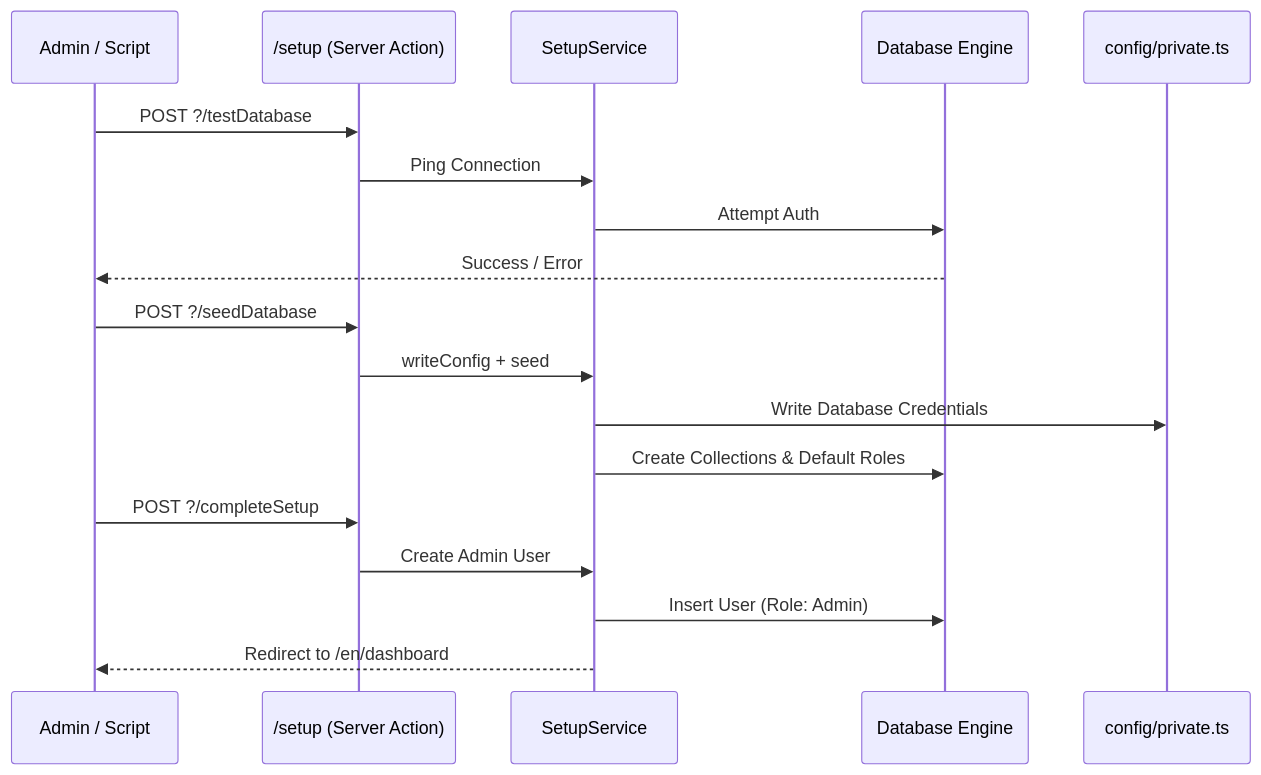
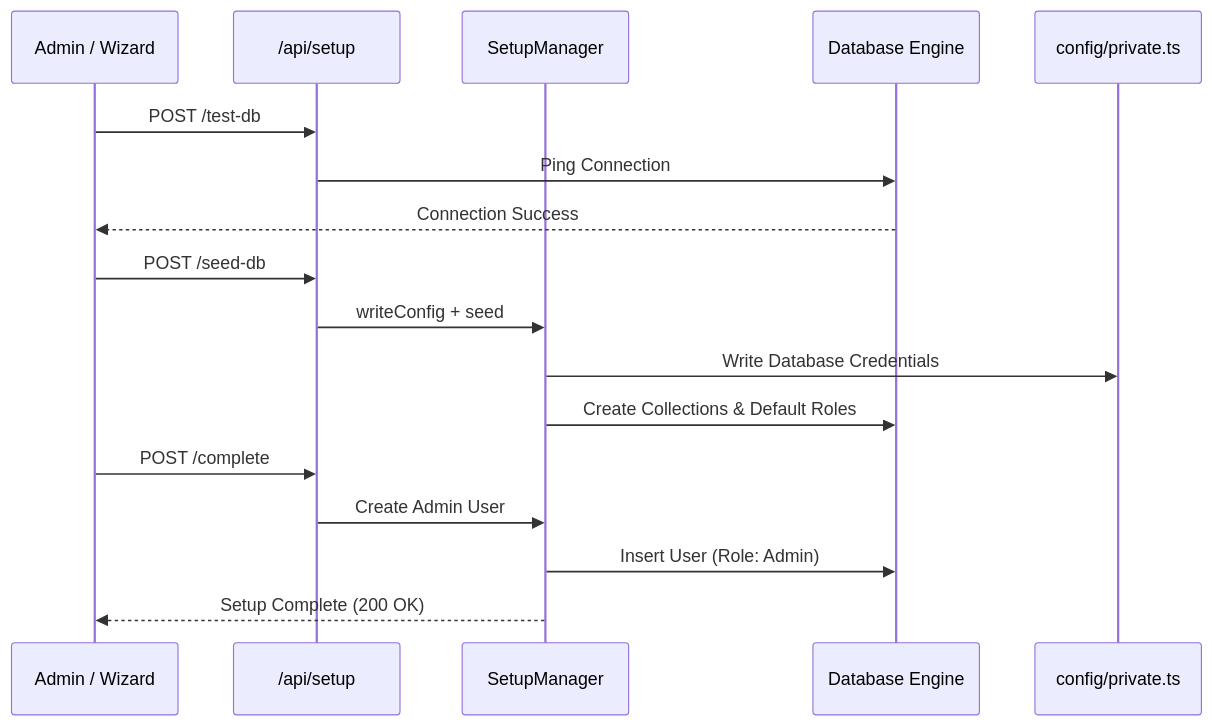
One commit to SveltyCMS/SveltyCMS changed the diagram in docs/api/setup-actions-api.mdx. Above: the diagram before and after it, drawn with Mermaid. The commit also changed other lines of this file and 46 other files, not shown here.

````diff
--- a/docs/api/setup-actions-api.mdx
+++ b/docs/api/setup-actions-api.mdx
@@ -74,23 +73,22 @@
 ```mermaid
 sequenceDiagram
-    participant User as Admin / Script
-    participant Route as /setup (Server Action)
-    participant Setup as SetupService
+    participant User as Admin / Wizard
+    participant API as /api/setup
+    participant Setup as SetupManager
     participant DB as Database Engine
     participant File as config/private.ts
 
-    User->>Route: POST ?/testDatabase
-    Route->>Setup: Ping Connection
-    Setup->>DB: Attempt Auth
-    DB-->>User: Success / Error
+    User->>API: POST /test-db
+    API->>DB: Ping Connection
+    DB-->>User: Connection Success
 
-    User->>Route: POST ?/seedDatabase
-    Route->>Setup: writeConfig + seed
+    User->>API: POST /seed-db
+    API->>Setup: writeConfig + seed
     Setup->>File: Write Database Credentials
     Setup->>DB: Create Collections & Default Roles
 
-    User->>Route: POST ?/completeSetup
-    Route->>Setup: Create Admin User
+    User->>API: POST /complete
+    API->>Setup: Create Admin User
     Setup->>DB: Insert User (Role: Admin)
-    Setup-->>User: Redirect to /en/dashboard
+    Setup-->>User: Setup Complete (200 OK)
 ```
````
